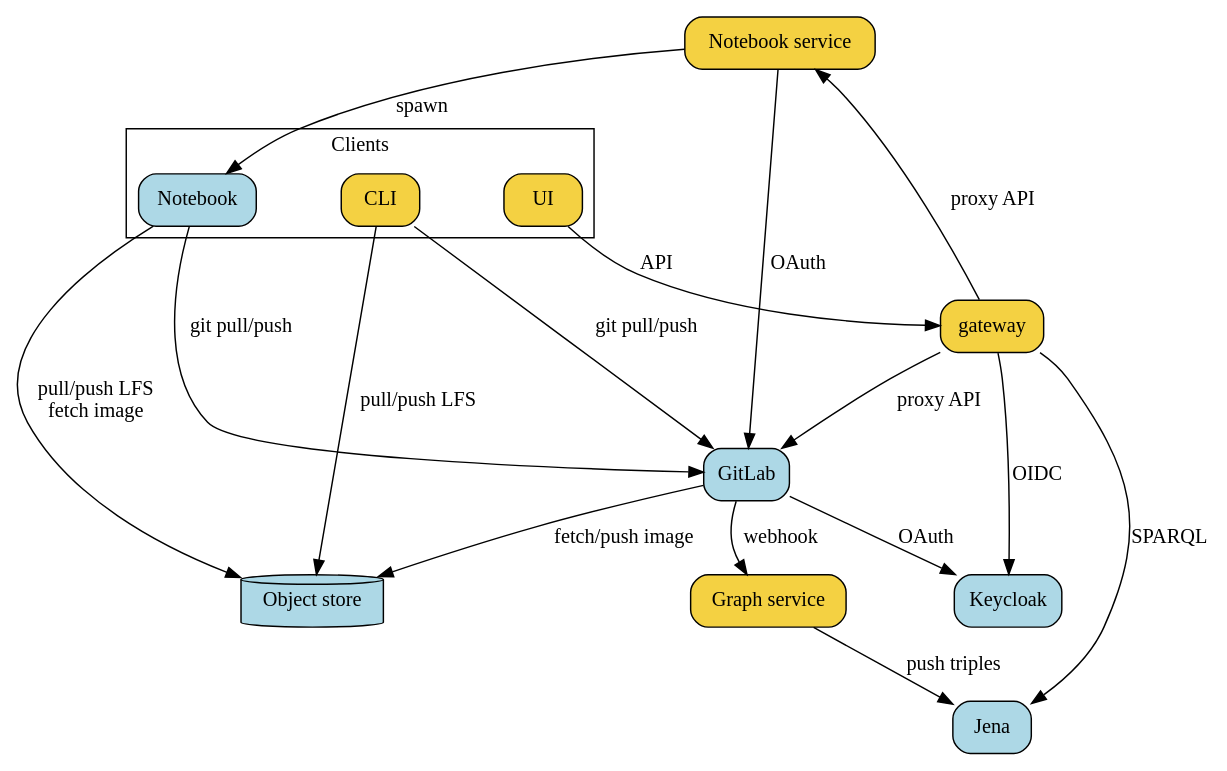
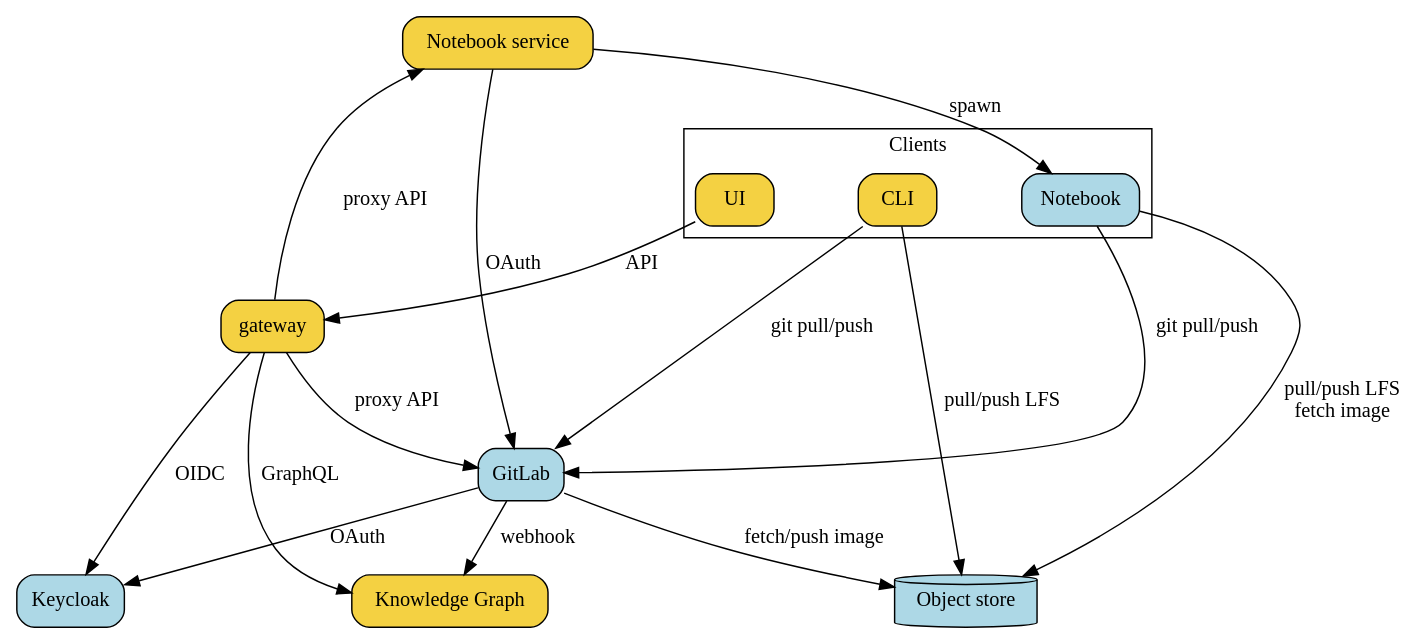
Before and after one commit to SwissDataScienceCenter/renku: the diagram in docs/_static/graphviz/renku_architecture.dot, drawn with Graphviz. The commit also changed 12 other files, not shown here.

Commit message:
feat: expose KG graphql endpoint to the world

```diff
--- a/docs/_static/graphviz/renku_architecture.dot
+++ b/docs/_static/graphviz/renku_architecture.dot
@@ -1,53 +1,51 @@
 strict digraph architecture {
   compound=true;
   newrank=true;
   // ordering=out;
 
   graph [fontname="Raleway", nodesep="0.8"];
   node [shape="rect", style="filled,rounded", fontname="Raleway"];
   edge [fontname="Raleway"]
 
 
   # main off-the-shelf services
   GitLab [fillcolor="lightblue" URL="../developer/services/notebooks_service.html#image-builds" target="_graphviz"]
   Keycloak [fillcolor="lightblue"]
   JupyterHub [label="Notebook service" fillcolor="#f4d142" URL="../developer/services/notebooks_service.html" target="_graphviz"]
   Notebook [fillcolor="lightblue"]
-  Jena [fillcolor="lightblue"]
 
   # clients
   UI [fillcolor="#f4d142"]
   CLI [fillcolor="#f4d142"]
 
   gateway [fillcolor="#f4d142" URL="../developer/services/api_gateway.html" target="_graphviz"]
-  "Graph service" [fillcolor="#f4d142" URL="../developer/services/graph_service.html" target="_graphviz"]
+  "Knowledge Graph" [fillcolor="#f4d142" URL="../developer/services/graph_services.html" target="_graphviz"]
 
   storage [fillcolor="lightblue", label="Object store", shape="cylinder"]
 
   subgraph cluster_clients {
     label="Clients"
     UI
     CLI
     Notebook
     {rank=same; UI, CLI, Notebook};
   }
 
   JupyterHub -> Notebook [label=" spawn"]
 
   CLI -> GitLab [label=" git pull/push"]
   Notebook -> GitLab [label=" git pull/push"]
   Notebook -> storage [label=" pull/push LFS\n fetch image"]
   UI -> gateway [label=" API"]
   GitLab -> Keycloak [label=" OAuth"]
   JupyterHub -> GitLab [label=" OAuth"]
   gateway -> GitLab [label=" proxy API"]
   gateway -> JupyterHub [label=" proxy API"]
   gateway -> Keycloak [label=" OIDC"]
   GitLab -> storage [label=" fetch/push image"]
   CLI -> storage [label=" pull/push LFS"]
-  GitLab -> "Graph service" [label=" webhook"]
-  "Graph service" -> Jena [label=" push triples"]
-  gateway -> Jena [label=" SPARQL"]
+  GitLab -> "Knowledge Graph" [label=" webhook"]
+  gateway -> "Knowledge Graph" [label=" GraphQL"]
 
   {rank=0; UI}
 }
```
